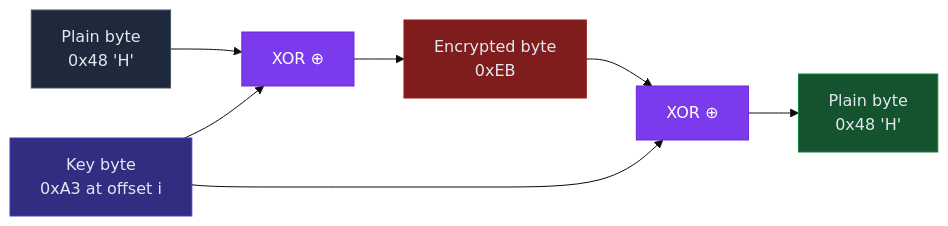
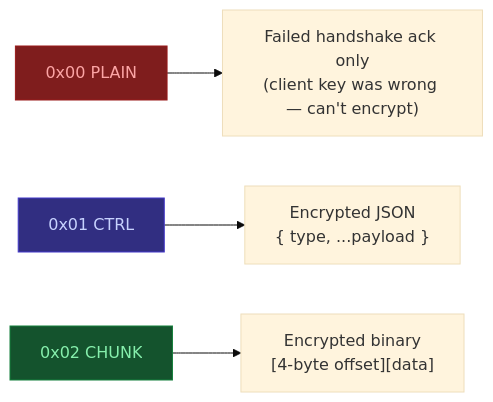
The second of 7 diagrams in README.md (devravinder/project-file-streamer), drawn with Mermaid (base theme) before and after one commit. The commit also changed other lines of this file and 4 other files, not shown here.

````diff
--- a/README.md
+++ b/README.md
@@ -43,23 +39,10 @@
 ```mermaid
 flowchart LR
-    A["Plain byte\n0x48 'H'"]
-    B["Key byte\n0xA3 at offset i"]
-    C["XOR ⊕"]
-    D["Encrypted byte\n0xEB"]
-    E["XOR ⊕"]
-    F["Plain byte\n0x48 'H'"]
+    A["0x00  PLAIN"]:::plain  --> D["Failed handshake ack only\n(client key was wrong — can't encrypt)"]
+    B["0x01  CTRL"]:::ctrl   --> E["Encrypted JSON\n{ type, ...payload }"]
+    C["0x02  CHUNK"]:::chunk --> F["Encrypted binary\n[4-byte offset][data]"]
 
-    A --> C
-    B --> C
-    C --> D
-    D --> E
-    B --> E
-    E --> F
-
-    style A fill:#1e293b,stroke:#475569,color:#e2e8f0
-    style B fill:#312e81,stroke:#4338ca,color:#e2e8f0
-    style C fill:#7c3aed,stroke:#6d28d9,color:#fff
-    style D fill:#7f1d1d,stroke:#991b1b,color:#e2e8f0
-    style E fill:#7c3aed,stroke:#6d28d9,color:#fff
-    style F fill:#14532d,stroke:#15803d,color:#e2e8f0
+    classDef plain fill:#7f1d1d,stroke:#991b1b,color:#fca5a5
+    classDef ctrl  fill:#312e81,stroke:#4338ca,color:#c7d2fe
+    classDef chunk fill:#14532d,stroke:#15803d,color:#86efac
 ```
````
